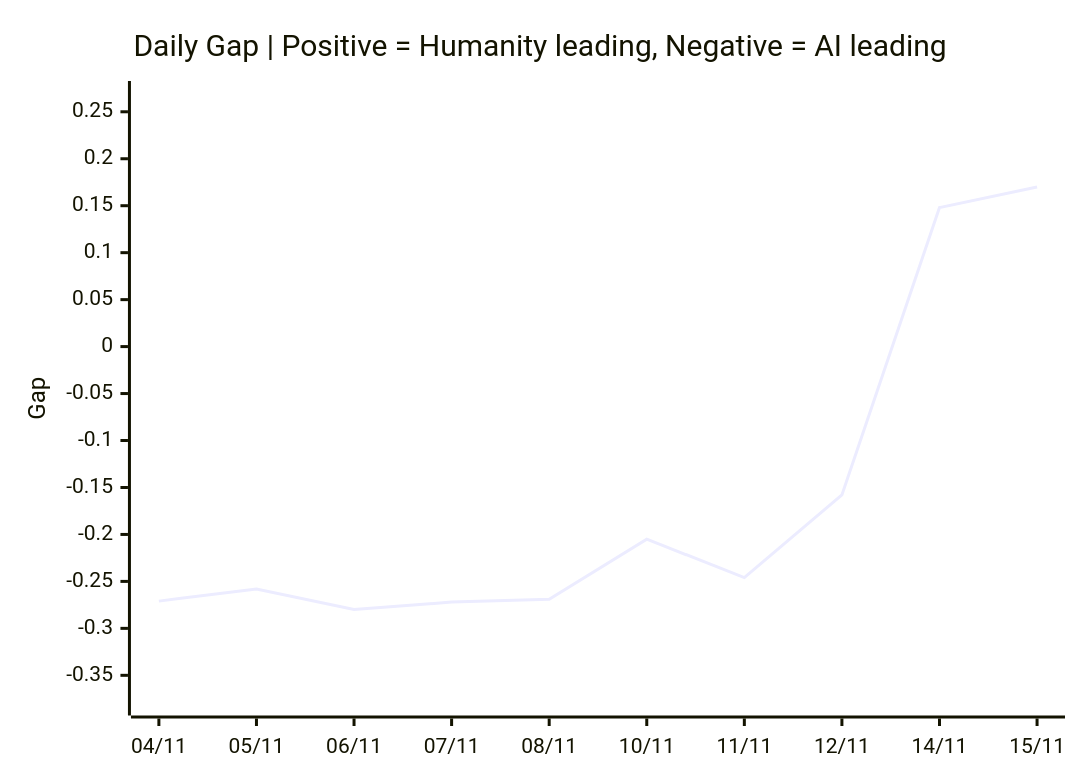
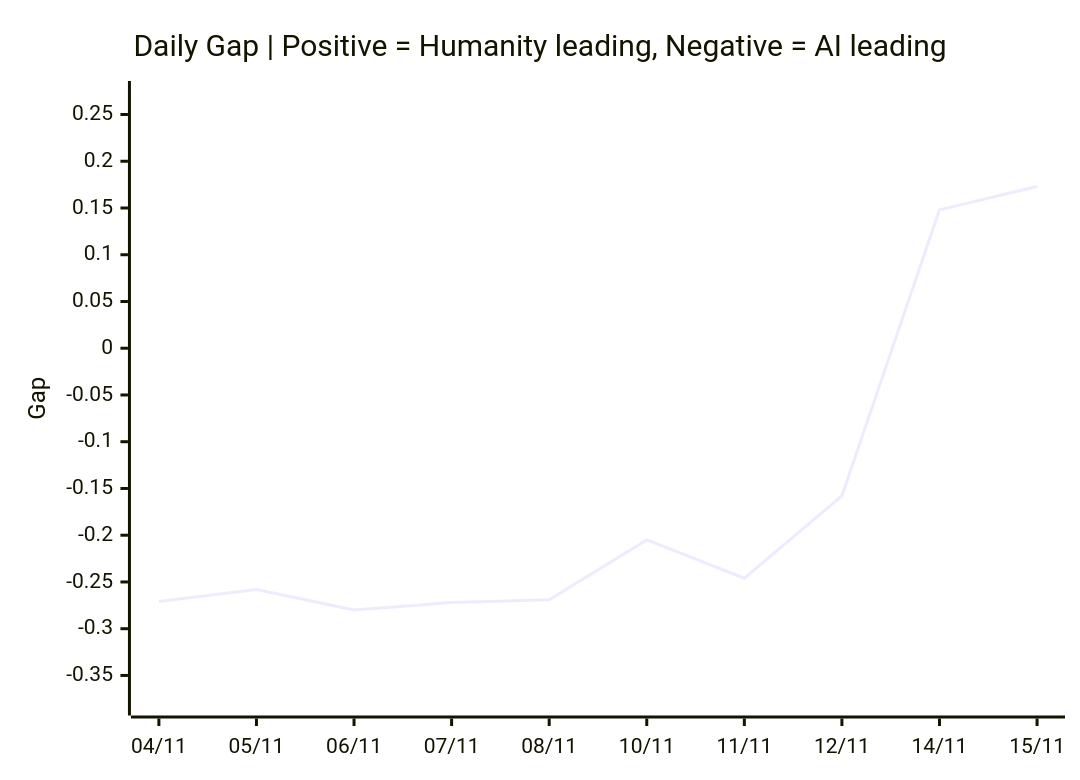
Before and after one commit to VQQLK/Human-AI-Monitor: the third of 3 diagrams in README.md, drawn with Mermaid. The commit also changed other lines of this file and 2 other files, not shown here.

````diff
--- a/README.md
+++ b/README.md
@@ -55,7 +55,7 @@
 ```mermaid
 xychart-beta
     title "Daily Gap | Positive = Humanity leading, Negative = AI leading"
     x-axis ["04/11", "05/11", "06/11", "07/11", "08/11", "10/11", "11/11", "12/11", "14/11", "15/11"]
-    y-axis "Gap" -0.380 --> 0.270
-    line [-0.271, -0.258, -0.280, -0.272, -0.269, -0.205, -0.246, -0.158, 0.148, 0.170]
+    y-axis "Gap" -0.380 --> 0.273
+    line [-0.271, -0.258, -0.280, -0.272, -0.269, -0.205, -0.246, -0.158, 0.148, 0.173]
 ```
````
